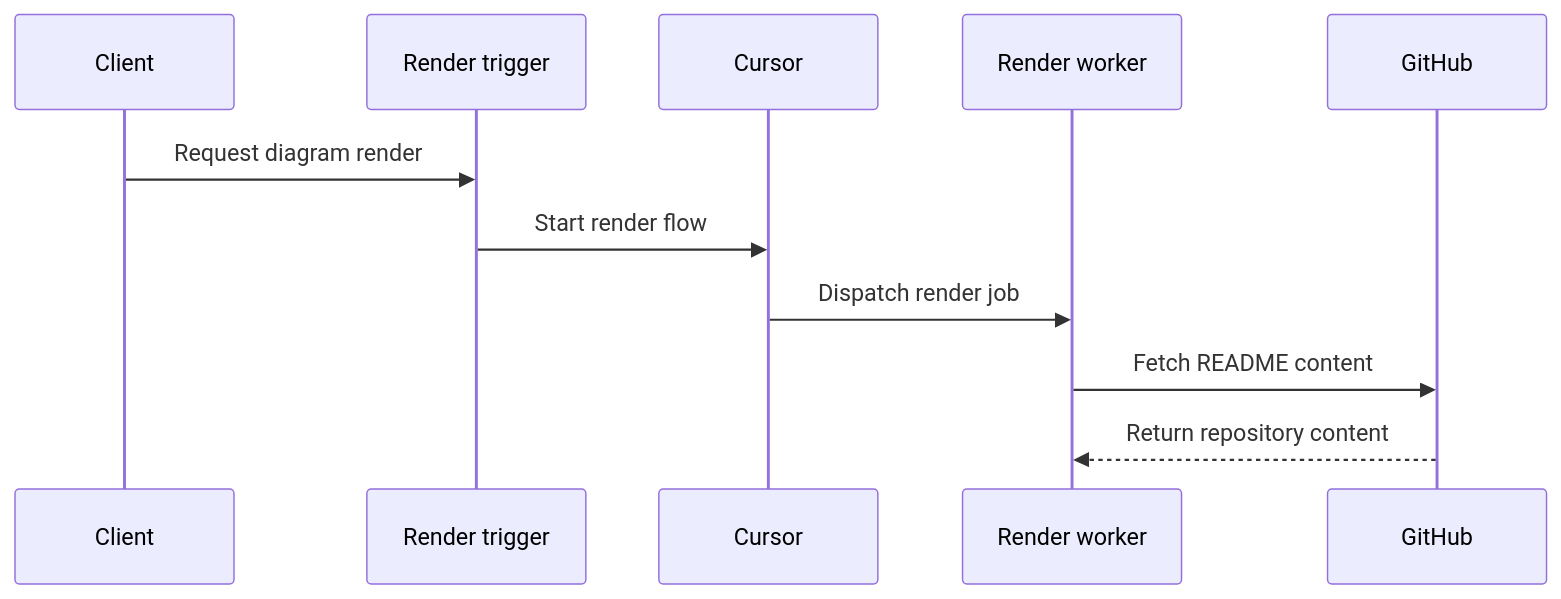
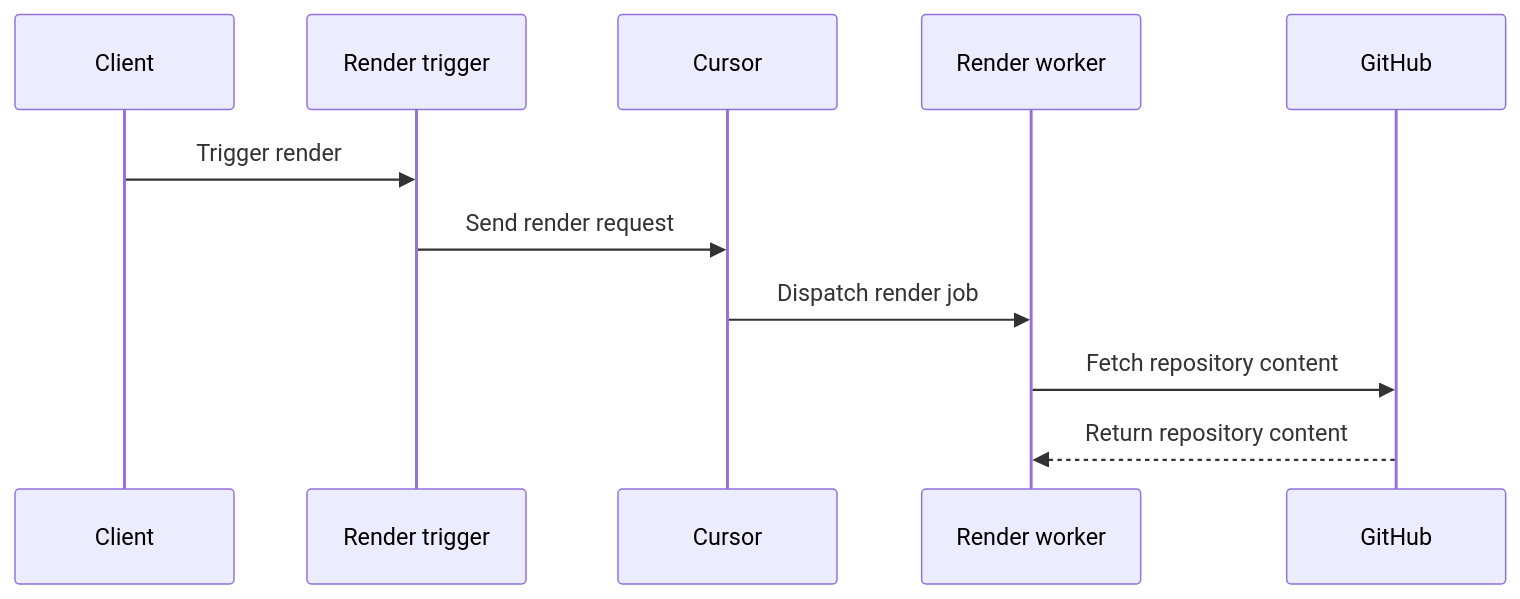
Before and after one commit to starmorph/mermaid-anywhere: the diagram in README.md, drawn with Mermaid.

Commit message:
Add Mermaid sequence diagram to README

````diff
--- a/README.md
+++ b/README.md
@@ -46,14 +46,14 @@
 ```mermaid
 sequenceDiagram
     participant Client
     participant RenderTrigger as Render trigger
     participant Cursor
     participant RenderWorker as Render worker
     participant GitHub
 
-    Client->>RenderTrigger: Request diagram render
-    RenderTrigger->>Cursor: Start render flow
+    Client->>RenderTrigger: Trigger render
+    RenderTrigger->>Cursor: Send render request
     Cursor->>RenderWorker: Dispatch render job
-    RenderWorker->>GitHub: Fetch README content
+    RenderWorker->>GitHub: Fetch repository content
     GitHub-->>RenderWorker: Return repository content
 ```
````
